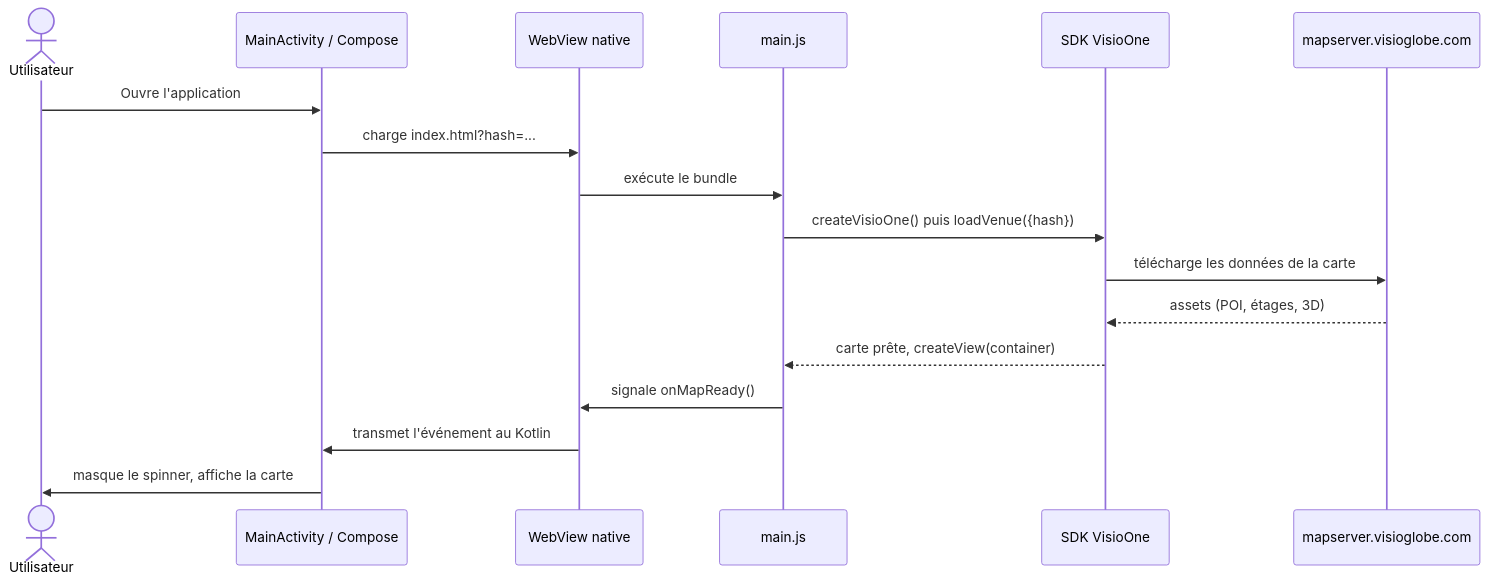
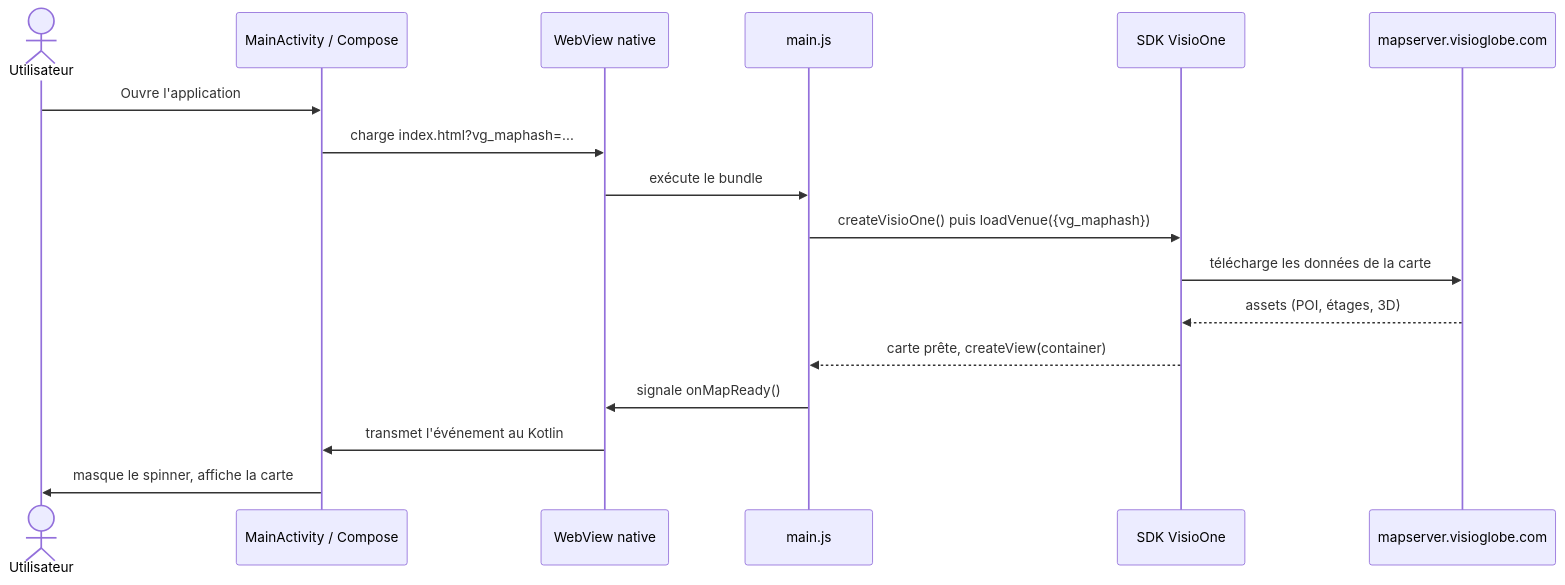
Before and after one commit to visioglobe-sas/VisioOneMeetAndroid: the third of 4 diagrams in GUIDE_INTEGRATEUR.md, drawn with Mermaid. The commit also changed 13 other files, not shown here.

First line of the commit message:
Upgrade VisioOne SDK to 1.0.9

````diff
--- a/GUIDE_INTEGRATEUR.md
+++ b/GUIDE_INTEGRATEUR.md
@@ -294,20 +294,20 @@
 ```mermaid
 sequenceDiagram
   actor U as Utilisateur
   participant CA as MainActivity / Compose
   participant WV as WebView native
   participant JS as main.js
   participant SDK as SDK VisioOne
   participant MS as mapserver.visioglobe.com
 
   U->>CA: Ouvre l'application
-  CA->>WV: charge index.html?hash=...
+  CA->>WV: charge index.html?vg_maphash=...
   WV->>JS: exécute le bundle
-  JS->>SDK: createVisioOne() puis loadVenue({hash})
+  JS->>SDK: createVisioOne() puis loadVenue({vg_maphash})
   SDK->>MS: télécharge les données de la carte
   MS-->>SDK: assets (POI, étages, 3D)
   SDK-->>JS: carte prête, createView(container)
   JS->>WV: signale onMapReady()
   WV->>CA: transmet l'événement au Kotlin
   CA->>U: masque le spinner, affiche la carte
 ```
````
